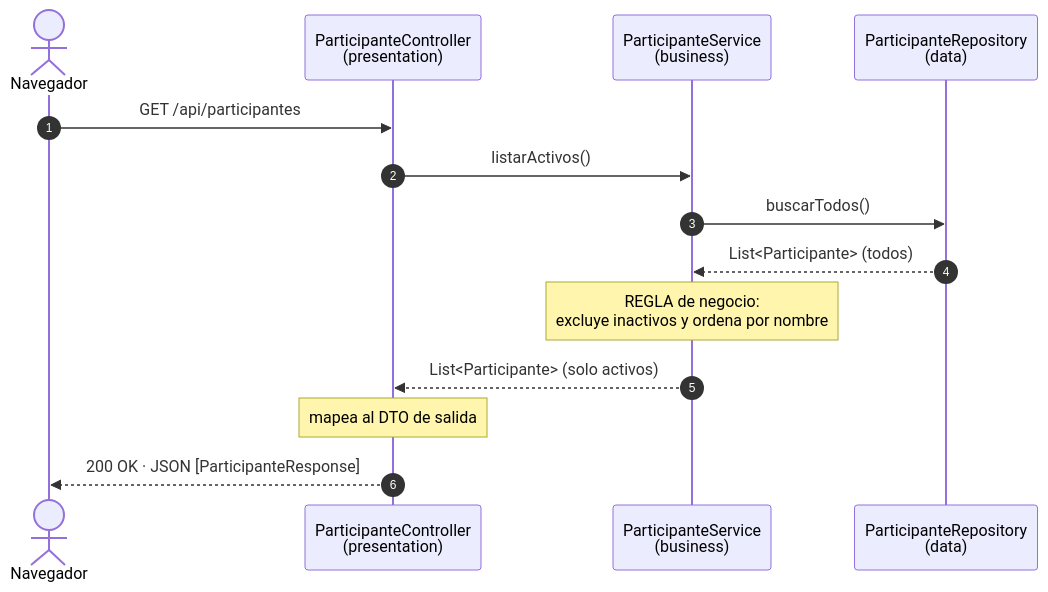
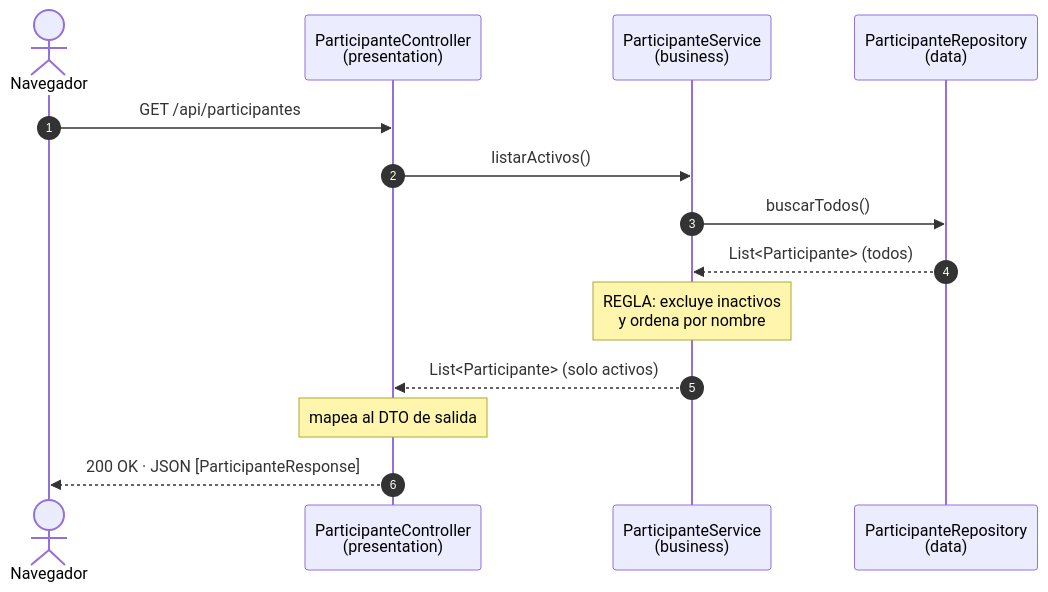
One commit to cerdasanthony/sira-eif509 changed the second of 2 diagrams in docs/arquitectura.md. Above: the diagram before and after it, drawn with Mermaid. The commit also changed other lines of this file and 13 other files, not shown here.

````diff
--- a/docs/arquitectura.md
+++ b/docs/arquitectura.md
@@ -110,17 +94,17 @@
 ```mermaid
 sequenceDiagram
     autonumber
     actor U as Navegador
     participant C as ParticipanteController<br/>(presentation)
     participant S as ParticipanteService<br/>(business)
     participant R as ParticipanteRepository<br/>(data)
 
     U->>C: GET /api/participantes
     C->>S: listarActivos()
     S->>R: buscarTodos()
     R-->>S: List<Participante> (todos)
-    Note over S: REGLA de negocio:<br/>excluye inactivos y ordena por nombre
+    Note over S: REGLA: excluye inactivos<br/>y ordena por nombre
     S-->>C: List<Participante> (solo activos)
     Note over C: mapea al DTO de salida
     C-->>U: 200 OK · JSON [ParticipanteResponse]
 ```
````
